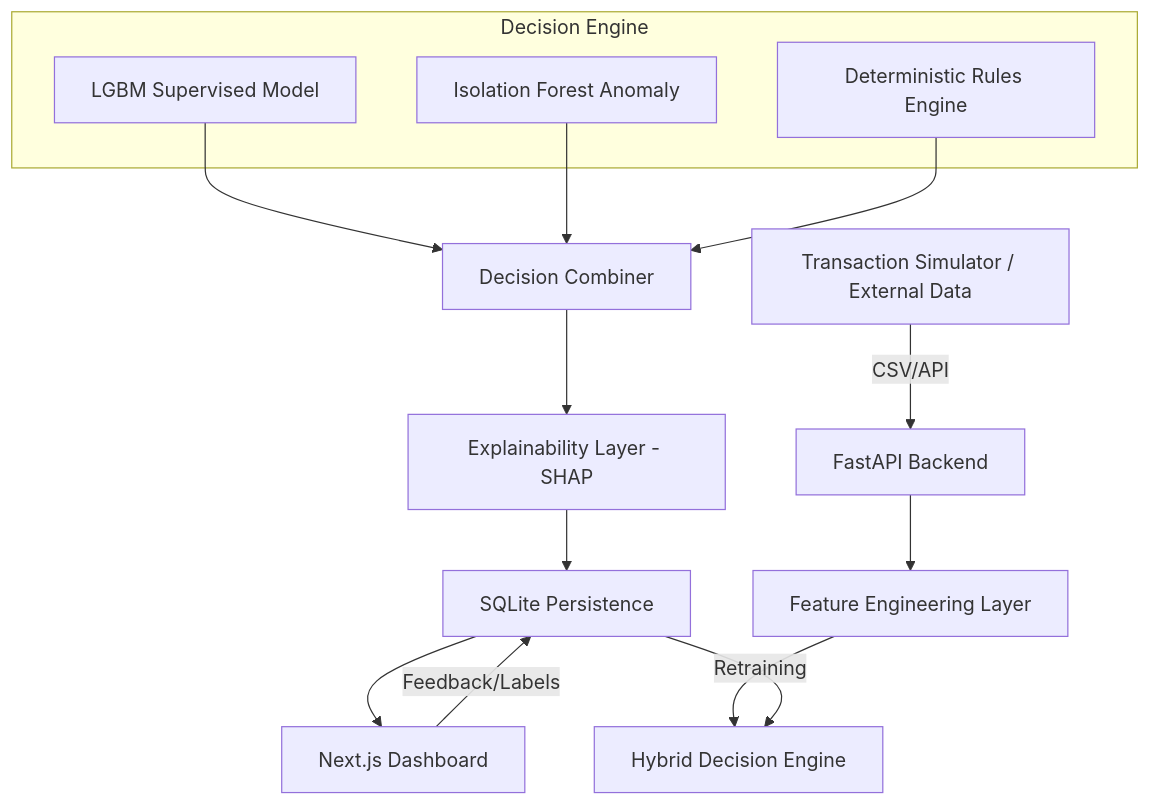
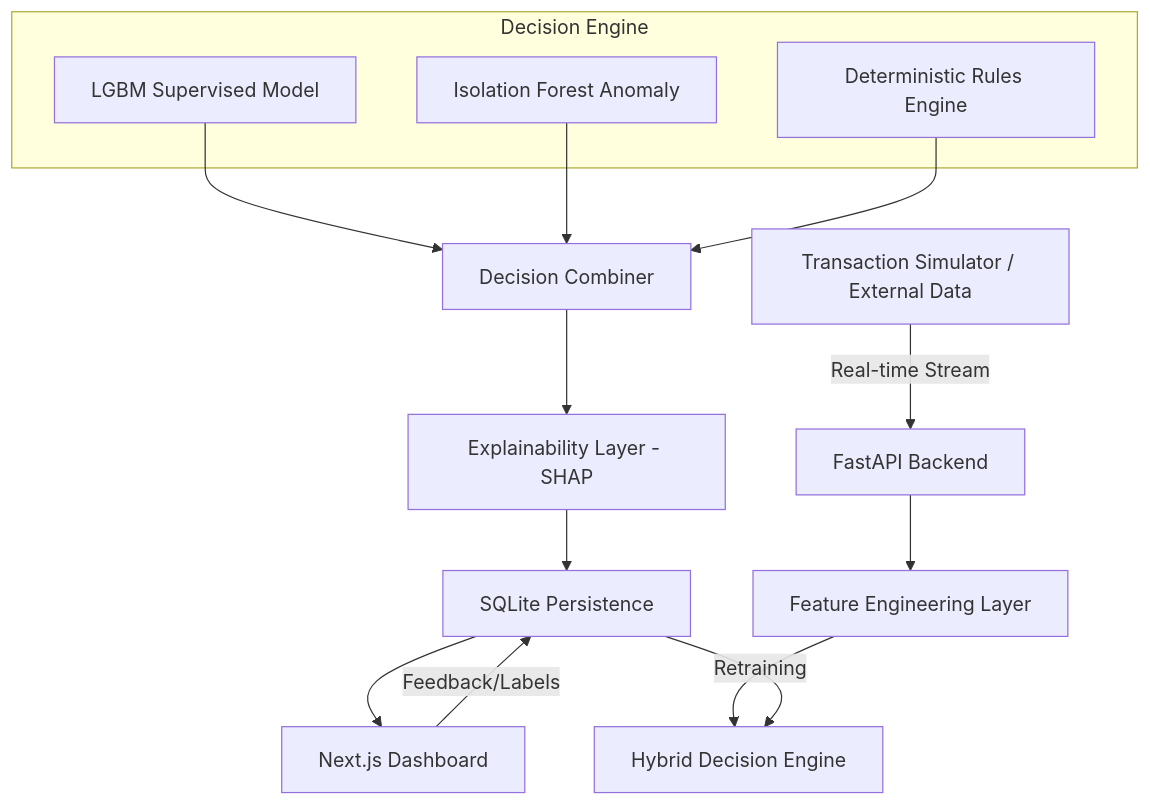
Before and after one commit to adityacs50-lab/Fraudprotect: the diagram in README.md, drawn with Mermaid. The commit also changed other lines of this file and 5 other files, not shown here.

````diff
--- a/README.md
+++ b/README.md
@@ -11,20 +9,20 @@
 ```mermaid
 graph TD
-    A[Transaction Simulator / External Data] -->|CSV/API| B[FastAPI Backend]
+    A[Transaction Simulator / External Data] -->|Real-time Stream| B[FastAPI Backend]
     B --> C[Feature Engineering Layer]
     C --> D[Hybrid Decision Engine]
     
     subgraph Decision Engine
         D1[LGBM Supervised Model]
         D2[Isolation Forest Anomaly]
         D3[Deterministic Rules Engine]
     end
     
     D1 & D2 & D3 --> E[Decision Combiner]
     E --> F[Explainability Layer - SHAP]
     F --> G[SQLite Persistence]
     G --> H[Next.js Dashboard]
     
     H -->|Feedback/Labels| G
     G -->|Retraining| D
 ```
````
